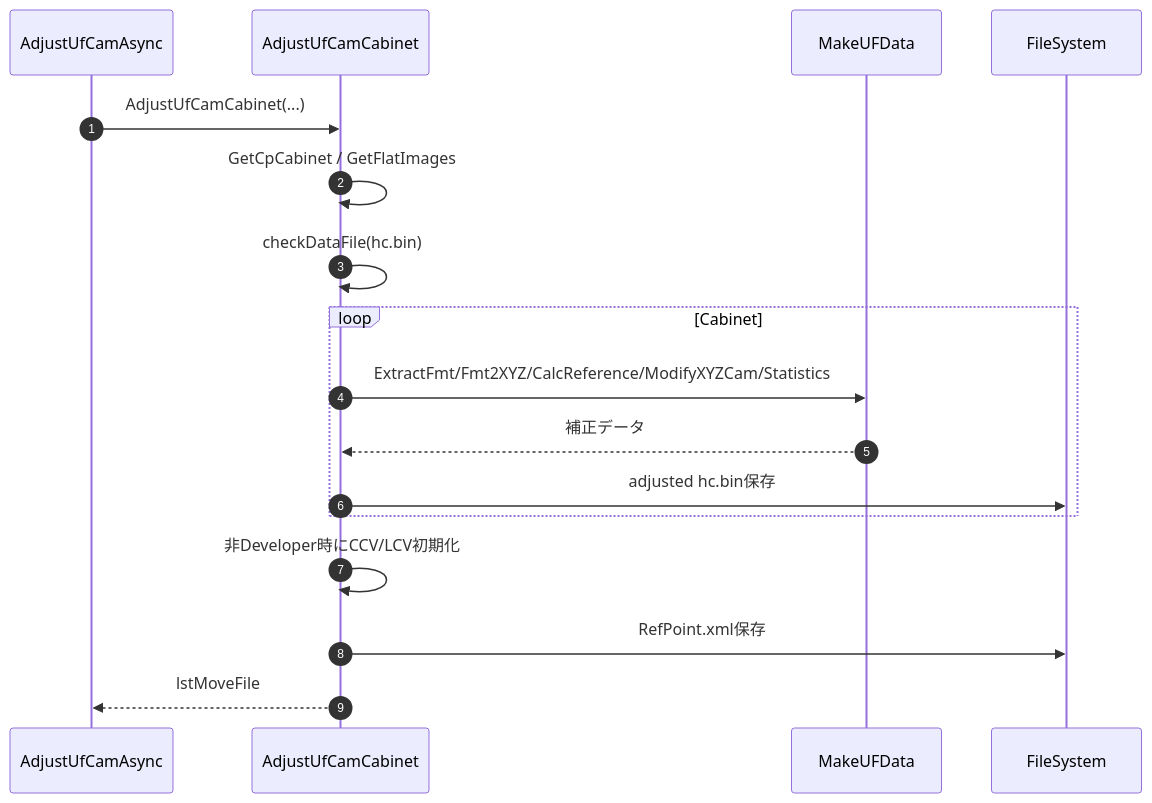
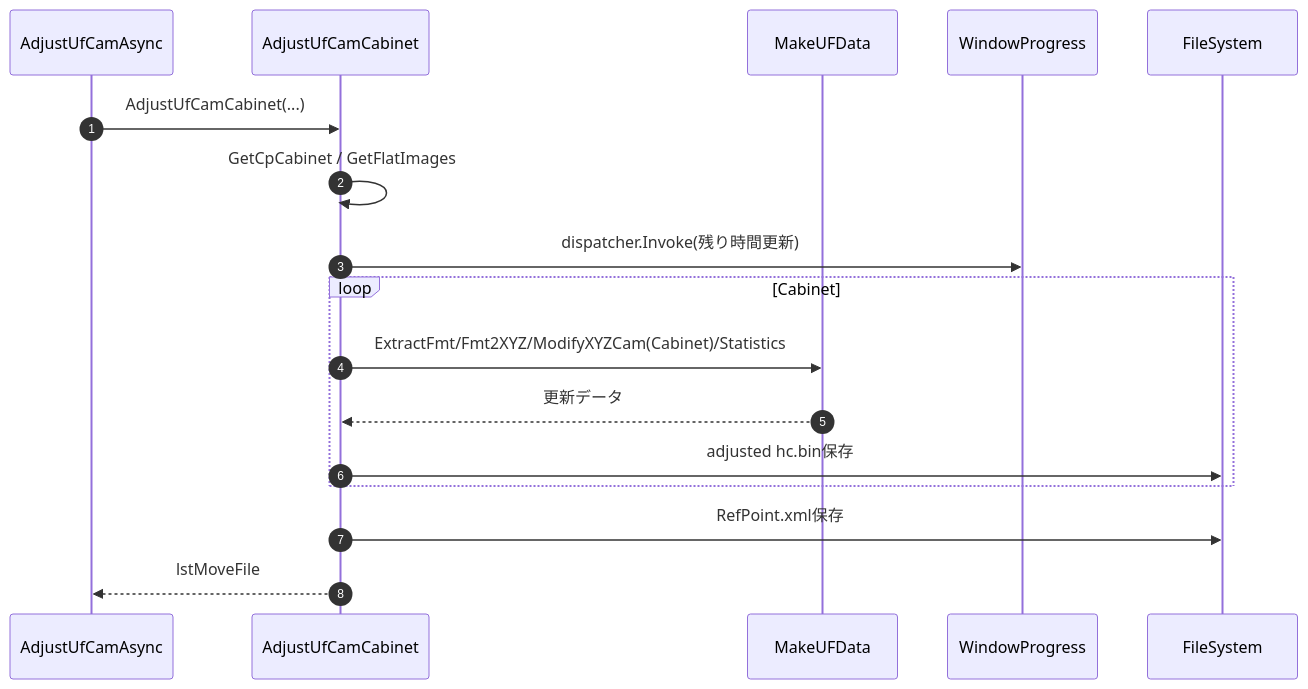
The first of 14 diagrams in docs/UfCamera_詳細設計書/08_メソッド仕様/08-4_補助計算_補正演算メソッド.md (HottaTakayuki/ColorAlignmentSoftware), drawn with Mermaid before and after one commit. The commit also changed other lines of this file and 30 other files, not shown here.

````diff
--- a/docs/UfCamera_詳細設計書/08_メソッド仕様/08-4_補助計算_補正演算メソッド.md
+++ b/docs/UfCamera_詳細設計書/08_メソッド仕様/08-4_補助計算_補正演算メソッド.md
@@ -235,20 +175,20 @@
 ```mermaid
 sequenceDiagram
     autonumber
     participant ADJ as AdjustUfCamAsync
     participant CAB as AdjustUfCamCabinet
     participant MK as MakeUFData
+    participant PRG as WindowProgress
     participant FS as FileSystem
 
     ADJ->>CAB: AdjustUfCamCabinet(...)
     CAB->>CAB: GetCpCabinet / GetFlatImages
-    CAB->>CAB: checkDataFile(hc.bin)
+    CAB->>PRG: dispatcher.Invoke(残り時間更新)
     loop Cabinet
-        CAB->>MK: ExtractFmt/Fmt2XYZ/CalcReference/ModifyXYZCam/Statistics
-        MK-->>CAB: 補正データ
+        CAB->>MK: ExtractFmt/Fmt2XYZ/ModifyXYZCam(Cabinet)/Statistics
+        MK-->>CAB: 更新データ
         CAB->>FS: adjusted hc.bin保存
     end
-    CAB->>CAB: 非Developer時にCCV/LCV初期化
     CAB->>FS: RefPoint.xml保存
     CAB-->>ADJ: lstMoveFile
 ```
````
